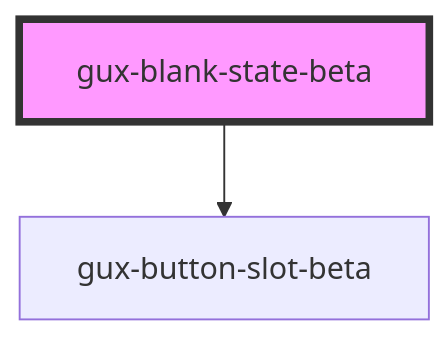
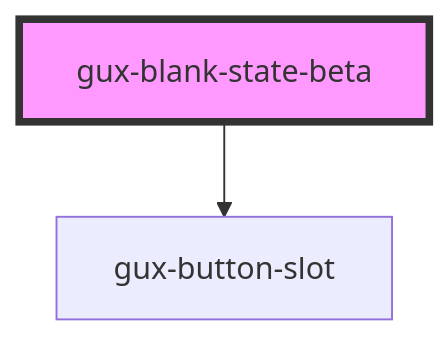
The diagram in packages/genesys-spark-components/src/components/beta/gux-blank-state/readme.md (MyPureCloud/genesys-spark), drawn with Mermaid before and after one commit. The commit also changed other lines of this file and 73 other files, not shown here.

First line of the commit message:
refactor(gux-button-slot): move to stable

````diff
--- a/packages/genesys-spark-components/src/components/beta/gux-blank-state/readme.md
+++ b/packages/genesys-spark-components/src/components/beta/gux-blank-state/readme.md
@@ -25,5 +25,5 @@
 ```mermaid
 graph TD;
-  gux-blank-state-beta --> gux-button-slot-beta
+  gux-blank-state-beta --> gux-button-slot
   style gux-blank-state-beta fill:#f9f,stroke:#333,stroke-width:4px
 ```
````
